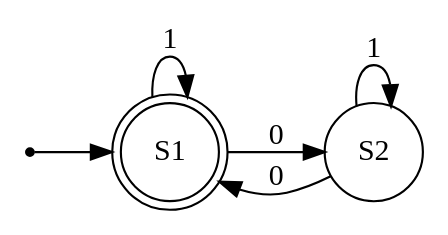
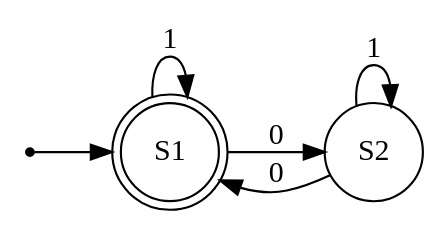
One commit to Quentin18/fsmdot changed the diagram in examples/graph1_dfa.dot. Above: the diagram before and after it, drawn with Graphviz. The commit also changed other lines of this file and 6 other files, not shown here.

```diff
--- a/examples/graph1_dfa.dot
+++ b/examples/graph1_dfa.dot
@@ -1,11 +1,11 @@
 strict digraph FSM {
 	graph [rankdir=LR];
 	node [shape=circle];
 	null	[shape=point];
 	S1	[shape=doublecircle];
 	null -> S1;
+	S2 -> S2	[label=1];
+	S2 -> S1	[label=0];
+	S1 -> S2	[label=0];
 	S1 -> S1	[label=1];
-	S1 -> S2	[label=0];
-	S2 -> S1	[label=0];
-	S2 -> S2	[label=1];
 }
```
